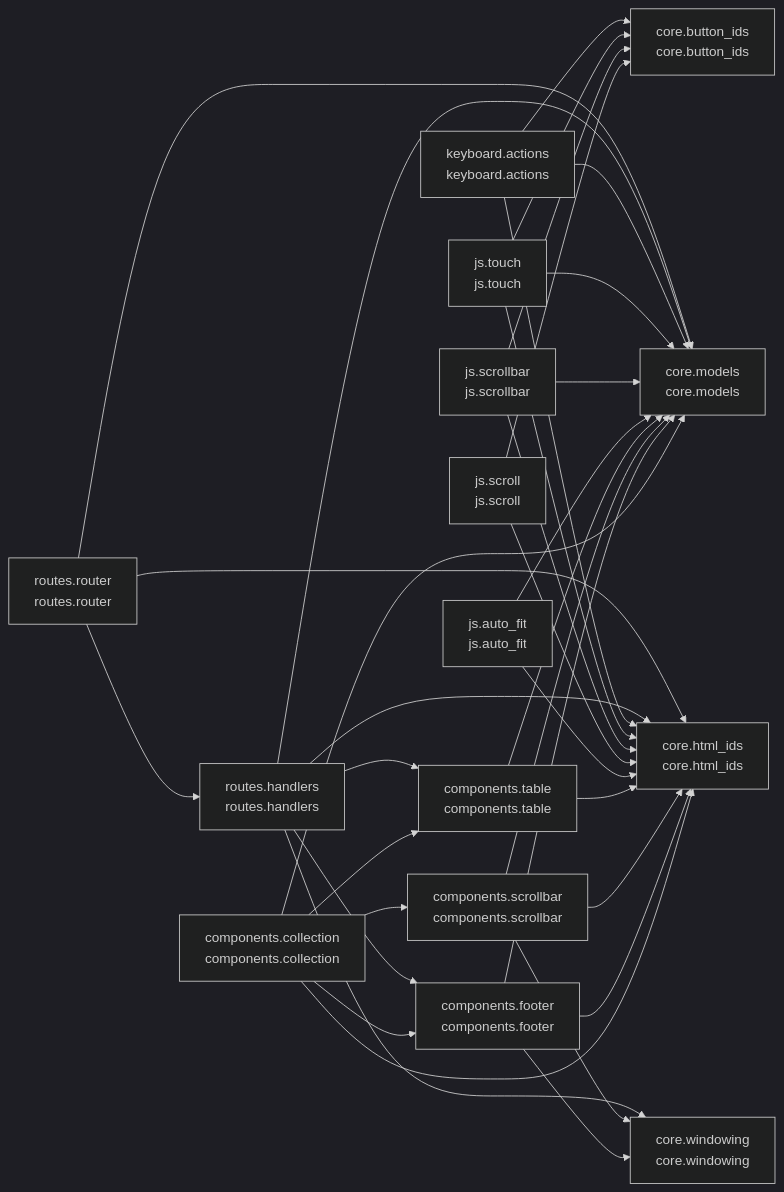
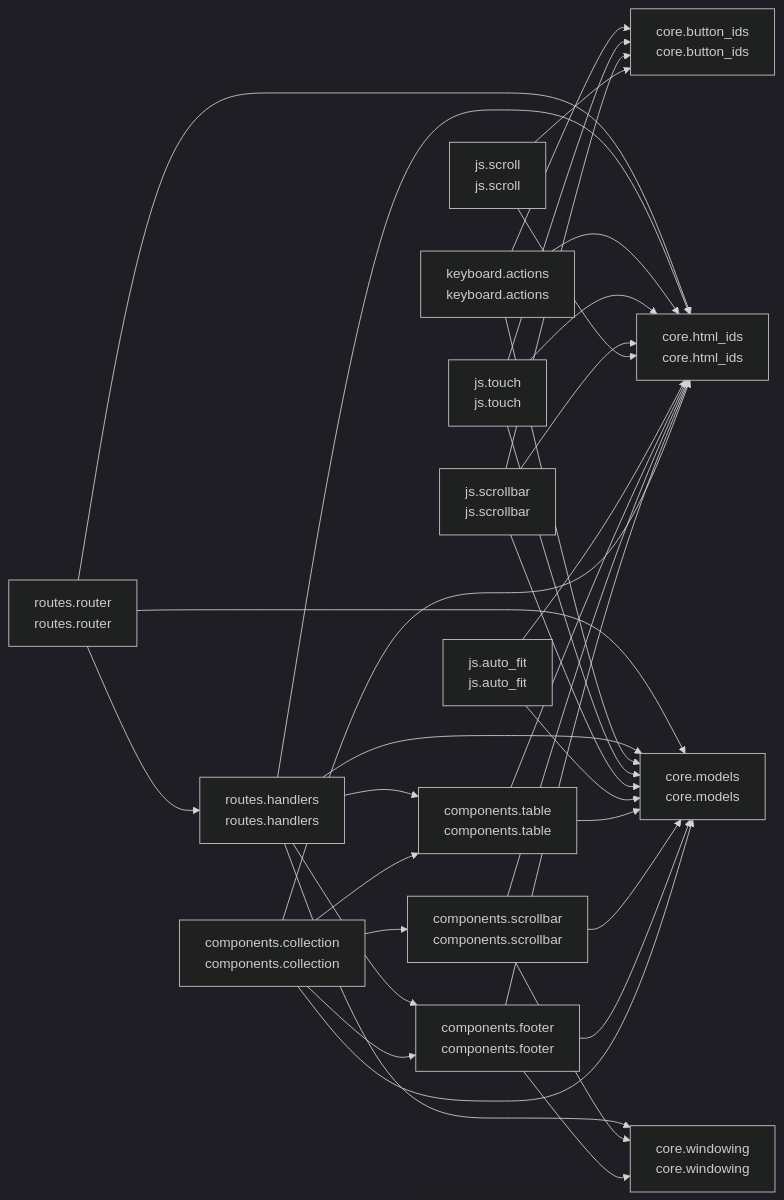
Before and after one commit to cj-mills/cjm-fasthtml-virtual-collection: the diagram in README.md, drawn with Mermaid (dark theme). The commit also changed other lines of this file and 3 other files, not shown here.

Commit message:
Keep cursor visible after auto-fit resize by scrolling window in handle_update_viewport.

````diff
--- a/README.md
+++ b/README.md
@@ -40,53 +40,53 @@
 ``` mermaid
 graph LR
     components_collection[components.collection<br/>components.collection]
     components_footer[components.footer<br/>components.footer]
     components_scrollbar[components.scrollbar<br/>components.scrollbar]
     components_table[components.table<br/>components.table]
     core_button_ids[core.button_ids<br/>core.button_ids]
     core_html_ids[core.html_ids<br/>core.html_ids]
     core_models[core.models<br/>core.models]
     core_windowing[core.windowing<br/>core.windowing]
     js_auto_fit[js.auto_fit<br/>js.auto_fit]
     js_scroll[js.scroll<br/>js.scroll]
     js_scrollbar[js.scrollbar<br/>js.scrollbar]
     js_touch[js.touch<br/>js.touch]
     keyboard_actions[keyboard.actions<br/>keyboard.actions]
     routes_handlers[routes.handlers<br/>routes.handlers]
     routes_router[routes.router<br/>routes.router]
 
+    components_collection --> core_html_ids
     components_collection --> core_models
+    components_collection --> components_table
     components_collection --> components_scrollbar
-    components_collection --> components_table
-    components_collection --> core_html_ids
     components_collection --> components_footer
+    components_footer --> core_models
+    components_footer --> core_html_ids
     components_footer --> core_windowing
-    components_footer --> core_html_ids
-    components_footer --> core_models
+    components_scrollbar --> core_html_ids
+    components_scrollbar --> core_models
     components_scrollbar --> core_windowing
-    components_scrollbar --> core_models
-    components_scrollbar --> core_html_ids
+    components_table --> core_html_ids
     components_table --> core_models
-    components_table --> core_html_ids
+    js_auto_fit --> core_html_ids
     js_auto_fit --> core_models
-    js_auto_fit --> core_html_ids
     js_scroll --> core_html_ids
     js_scroll --> core_button_ids
-    js_scrollbar --> core_models
     js_scrollbar --> core_html_ids
     js_scrollbar --> core_button_ids
-    js_touch --> core_models
+    js_scrollbar --> core_models
     js_touch --> core_html_ids
     js_touch --> core_button_ids
-    keyboard_actions --> core_models
+    js_touch --> core_models
     keyboard_actions --> core_html_ids
     keyboard_actions --> core_button_ids
-    routes_handlers --> core_windowing
+    keyboard_actions --> core_models
+    routes_handlers --> core_html_ids
     routes_handlers --> core_models
     routes_handlers --> components_table
-    routes_handlers --> core_html_ids
+    routes_handlers --> core_windowing
     routes_handlers --> components_footer
+    routes_router --> core_html_ids
     routes_router --> core_models
     routes_router --> routes_handlers
-    routes_router --> core_html_ids
 ```
````
